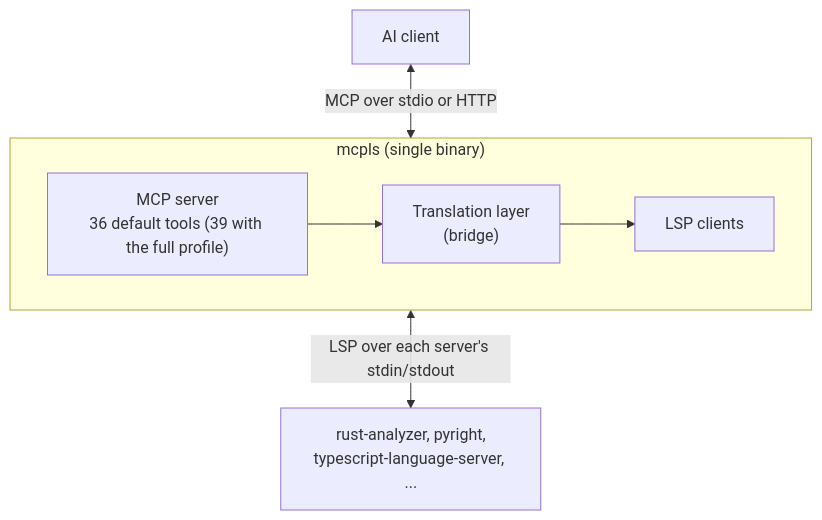
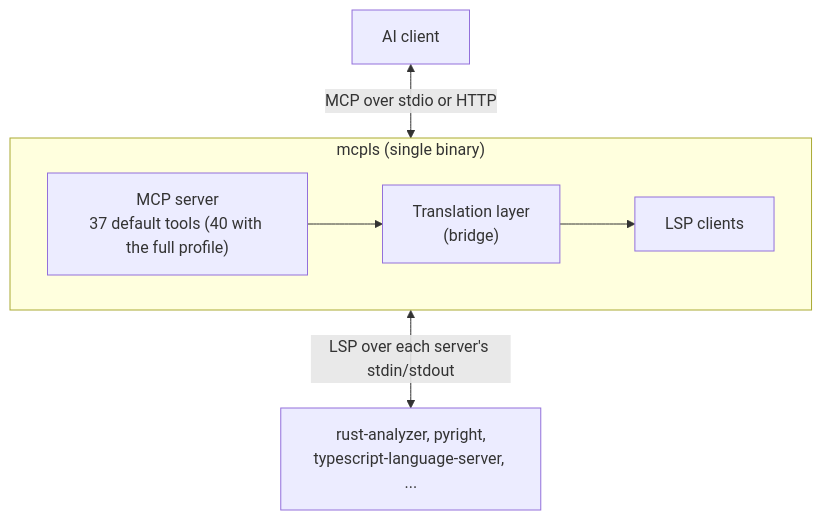
One commit to insomnes/mcpls changed the first of 2 diagrams in book/src/advanced/architecture.md. Above: the diagram before and after it, drawn with Mermaid. The commit also changed 32 other files, not shown here.

````diff
--- a/book/src/advanced/architecture.md
+++ b/book/src/advanced/architecture.md
@@ -11,11 +11,11 @@
 ```mermaid
 flowchart TB
     Client["AI client"]
     subgraph mcpls["mcpls (single binary)"]
         direction LR
-        MCP["MCP server<br/>36 default tools (39 with the full profile)"] --> Bridge["Translation layer<br/>(bridge)"] --> LSPc["LSP clients"]
+        MCP["MCP server<br/>37 default tools (40 with the full profile)"] --> Bridge["Translation layer<br/>(bridge)"] --> LSPc["LSP clients"]
     end
     Servers["rust-analyzer, pyright,<br/>typescript-language-server, ..."]
     Client <-->|"MCP over stdio or HTTP"| MCP
     LSPc <-->|"LSP over each server's stdin/stdout"| Servers
 ```
````
